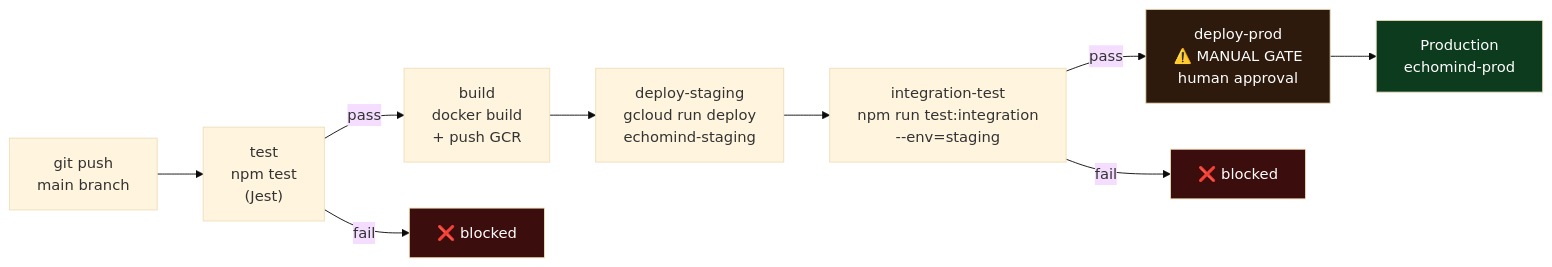
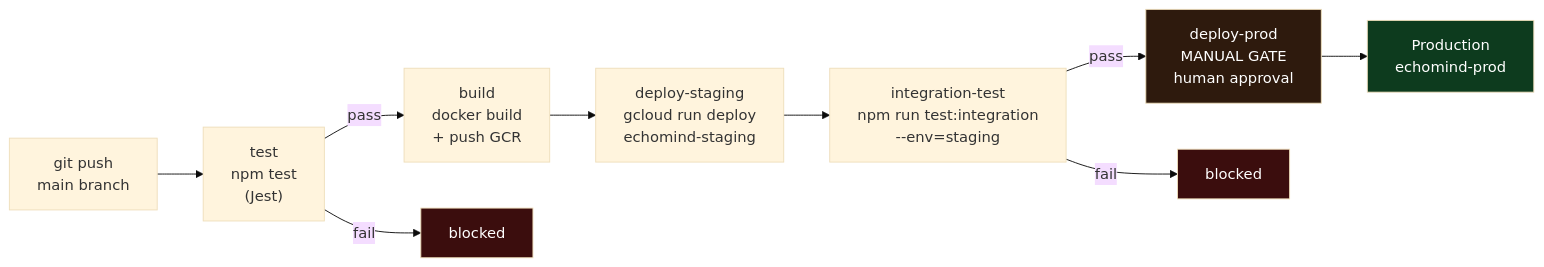
The ninth of 10 diagrams in README.md (Ramakrishna1967/Echomind), drawn with Mermaid (base theme) before and after one commit.

````diff
--- a/README.md
+++ b/README.md
@@ -475,16 +475,16 @@
 ```mermaid
 flowchart LR
     A["git push\nmain branch"] --> B["test\nnpm test\n(Jest)"]
     B -->|"pass"| C["build\ndocker build\n+ push GCR"]
-    B -->|"fail"| X["❌ blocked"]
+    B -->|"fail"| X[" blocked"]
     C --> D["deploy-staging\ngcloud run deploy\nechomind-staging"]
     D --> E["integration-test\nnpm run test:integration\n--env=staging"]
-    E -->|"pass"| F["deploy-prod\n⚠️ MANUAL GATE\nhuman approval"]
-    E -->|"fail"| Y["❌ blocked"]
+    E -->|"pass"| F["deploy-prod\n MANUAL GATE\nhuman approval"]
+    E -->|"fail"| Y[" blocked"]
     F --> G["Production\nechomind-prod"]
 
     style F fill:#2e1a0d,color:#fff
     style G fill:#0d3b1e,color:#fff
     style X fill:#3b0d0d,color:#fff
     style Y fill:#3b0d0d,color:#fff
 ```
````
